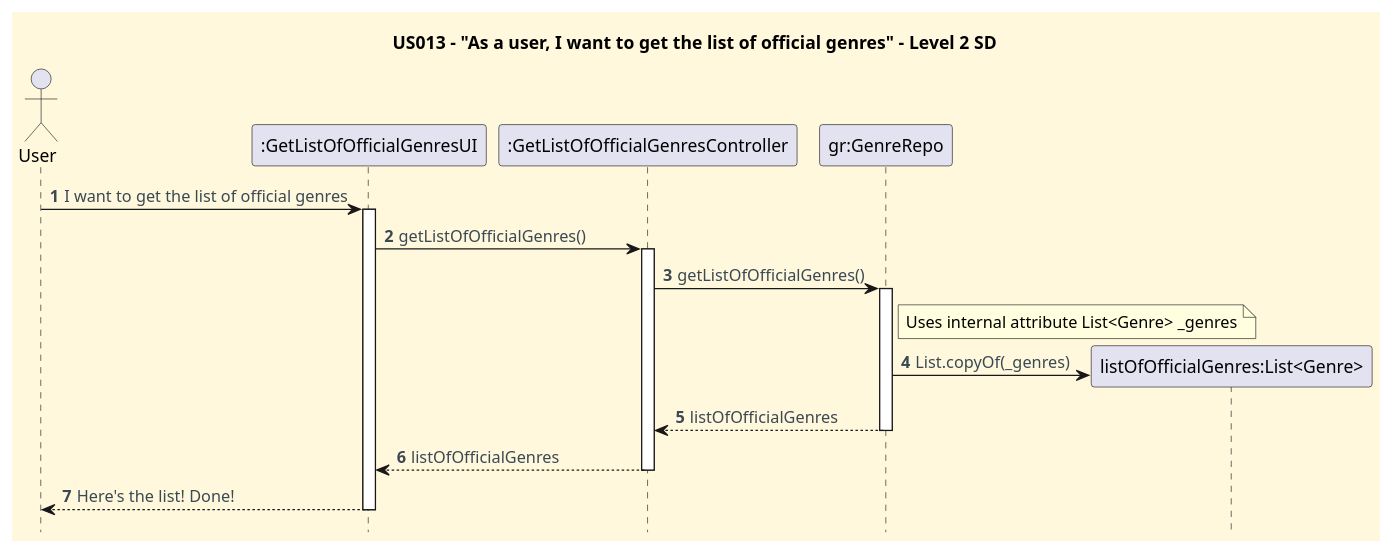
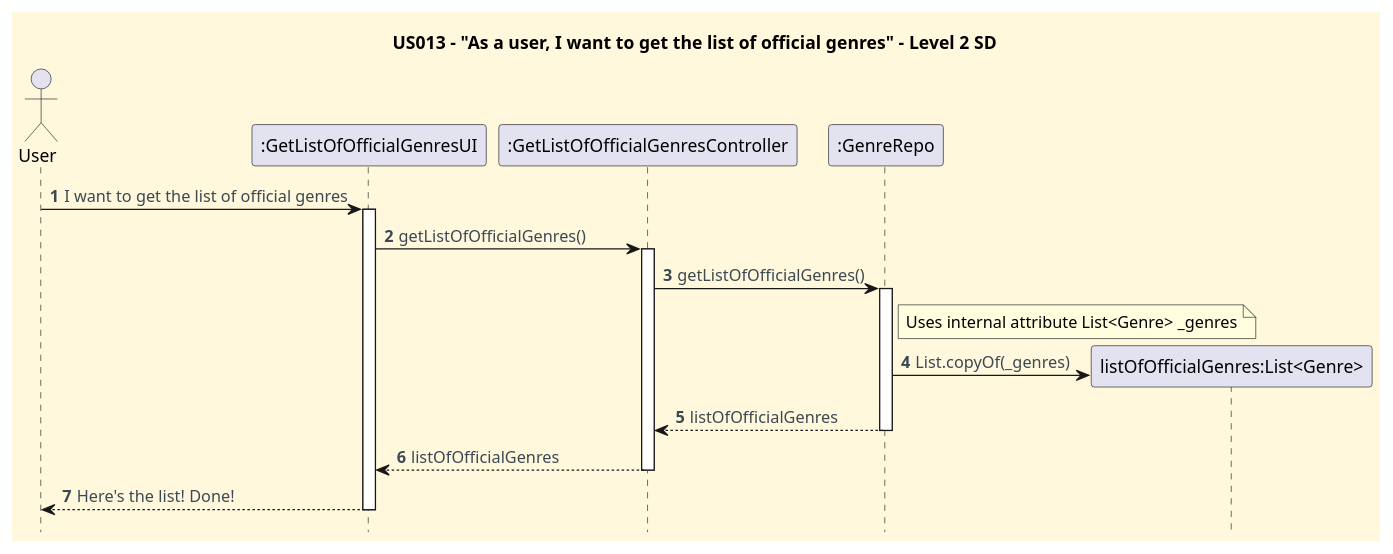
One commit to CarolinaLeite-collab/JavaMarketplacePlatform changed the diagram in docs/userStories/US013/US013_get_list_of_official_genres_SD_2.puml. Above: the diagram before and after it, drawn with PlantUML. The commit also changed 2 other files, not shown here.

Commit message:
Refs #218: Updates class and sequence diagrams for US013

```diff
--- a/docs/userStories/US013/US013_get_list_of_official_genres_SD_2.puml
+++ b/docs/userStories/US013/US013_get_list_of_official_genres_SD_2.puml
@@ -1,47 +1,47 @@
 @startuml
 title US013 - "As a user, I want to get the list of official genres" - Level 2 SD
 hidefootbox
 
 '==== basic style ====
 skinparam monochrome false
 skinparam shadowing false
 skinparam defaultFontName Futura
 skinparam objectFontSize 20
 skinparam backgroundColor CornSilk
 skinparam objectBackgroundColor WhiteSmoke
 skinparam noteBackgroundColor #FFFFE0
 skinparam ArrowFontColor #3B4953
 skinparam ActivationBackgroundColor black
 
 autonumber
 autoactivate off
 
 ' --- Actor and participants ---
 actor User
 participant ":GetListOfOfficialGenresUI" as UI
 participant ":GetListOfOfficialGenresController" as CTL
-participant "gr:GenreRepo" as GR
+participant ":GenreRepo" as GR
 
 ' --- UI interaction ---
 User -> UI: I want to get the list of official genres
 activate UI
 
 
 ' --- Use case execution ---
 UI -> CTL: getListOfOfficialGenres()
 activate CTL
 CTL -> GR: getListOfOfficialGenres()
 activate GR
 note right of GR
 Uses internal attribute List<Genre> _genres
 end note
 create "listOfOfficialGenres:List<Genre>" as List
 GR -> List: List.copyOf(_genres)
 GR --> CTL: listOfOfficialGenres
 deactivate GR
 CTL --> UI: listOfOfficialGenres
 deactivate CTL
 UI --> User: Here's the list! Done!
 deactivate UI
 
 @enduml
```
